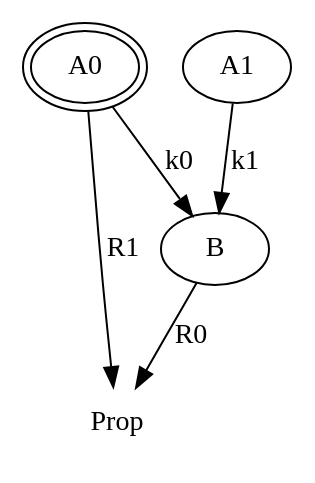
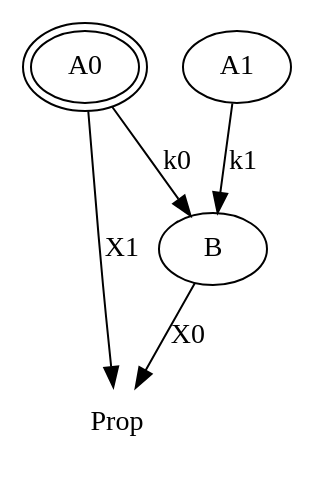
Before and after one commit to Tuplanolla/dez: the diagram in unification/unl_r.dot, drawn with Graphviz. The commit also changed 33 other files, not shown here.

```diff
--- a/unification/unl_r.dot
+++ b/unification/unl_r.dot
@@ -1,17 +1,17 @@
 digraph unl_r {
   node [peripheries = 2]
 
   T2 [label = "A0"]
 
   node [peripheries = 1]
 
   T0 [label = "B"]
   T1 [label = "A1"]
 
   node [peripheries = 0]
 
-  T0 -> Prop [label = "R0"]
+  T0 -> Prop [label = "X0"]
   T2 -> T0 [label = "k0"]
-  T2 -> Prop [label = "R1"]
+  T2 -> Prop [label = "X1"]
   T1 -> T0 [label = "k1"]
 }
```
